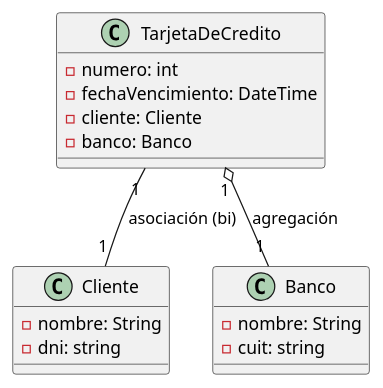
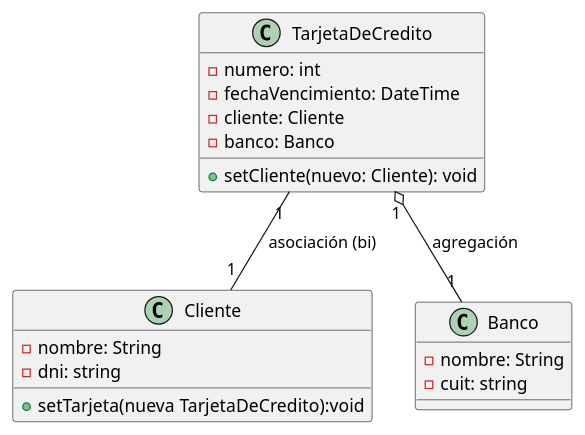
Before and after one commit to guillecampoy/tp5-UML: the diagram in docs/uml/plantuml/04-tarjeta-cleinte-banco.puml, drawn with PlantUML. The commit also changed 13 other files, not shown here.

Commit message:
Se ajustan archivos puml(UML) con nombres de variables, atributos faltantes

```diff
--- a/docs/uml/plantuml/04-tarjeta-cleinte-banco.puml
+++ b/docs/uml/plantuml/04-tarjeta-cleinte-banco.puml
@@ -1,18 +1,20 @@
 @startuml
 class TarjetaDeCredito {
 - numero: int
 - fechaVencimiento: DateTime
 - cliente: Cliente
 - banco: Banco
++ setCliente(nuevo: Cliente): void
 }
 class Cliente {
 - nombre: String
 - dni: string
++ setTarjeta(nueva TarjetaDeCredito):void
 }
 class Banco {
 -nombre: String
 -cuit: string
 }
 TarjetaDeCredito "1" -- "1" Cliente : asociación (bi)
 TarjetaDeCredito "1" o-- "1" Banco  : agregación
 @enduml
```
